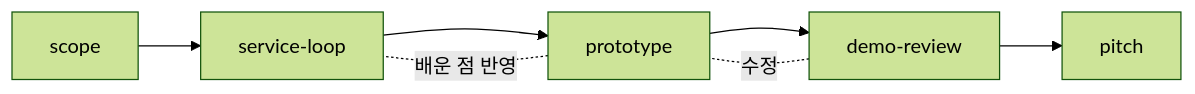
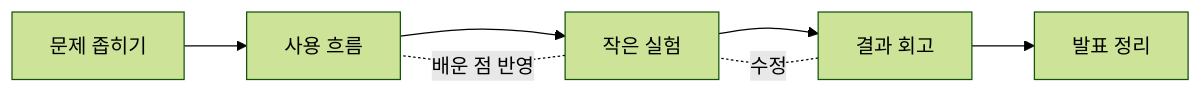
The second of 2 diagrams in urban-prototyping-coach/student-guide.md (haegyung/lectureguide), drawn with Mermaid (forest theme) before and after one commit. The commit also changed other lines of this file and 43 other files, not shown here.

````diff
--- a/urban-prototyping-coach/student-guide.md
+++ b/urban-prototyping-coach/student-guide.md
@@ -578,9 +651,9 @@
 ```mermaid
 flowchart LR
-  c1["scope"] --> c2["service-loop"]
-  c2 --> c3["prototype"]
-  c3 --> c4["demo-review"]
-  c4 --> c5["pitch"]
+  c1["문제 좁히기"] --> c2["사용 흐름"]
+  c2 --> c3["작은 실험"]
+  c3 --> c4["결과 회고"]
+  c4 --> c5["발표 정리"]
   c3 -.배운 점 반영.- c2
   c4 -.수정.- c3
 ```
````
